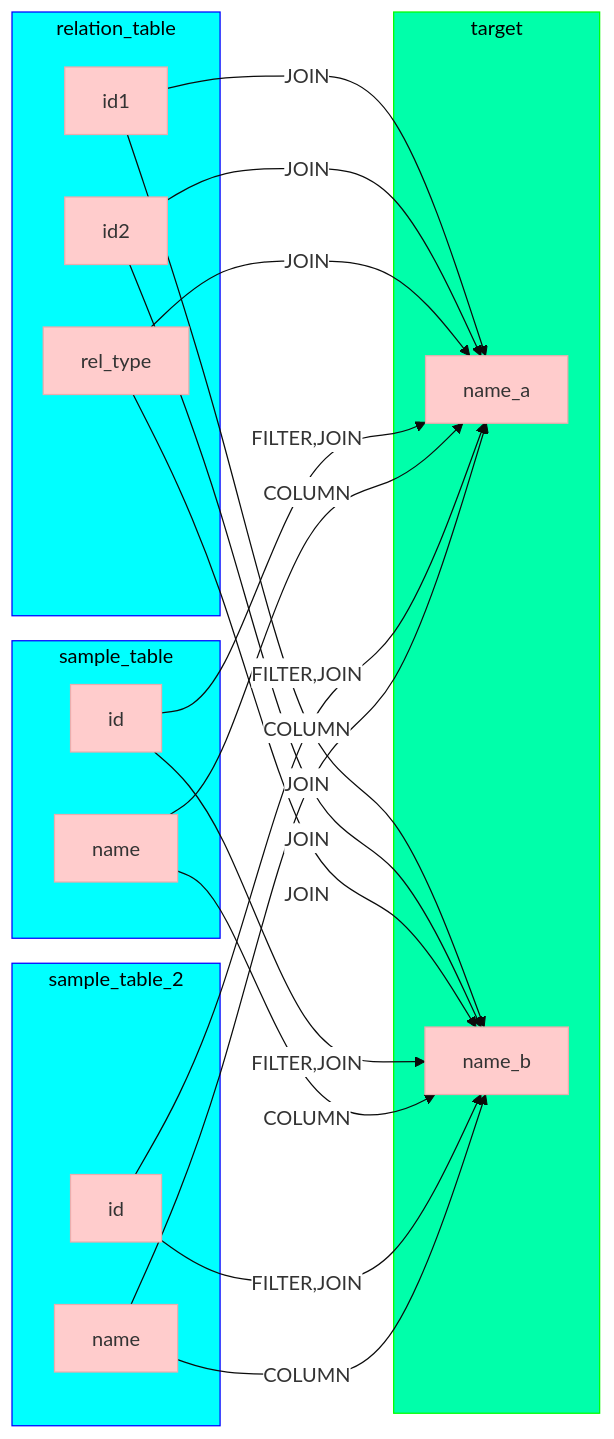
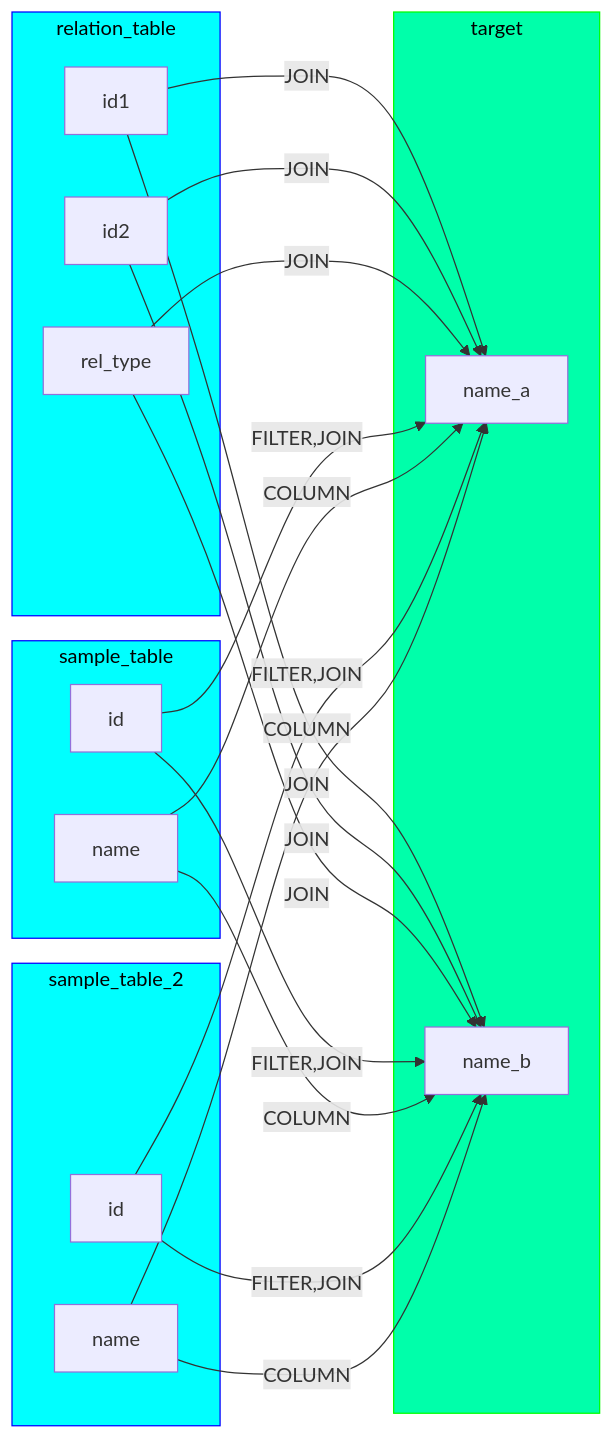
The diagram in data/mermaid/join_2.mmd (NielkNetraam/explainalyzed), drawn with Mermaid before and after one commit. The commit also changed 13 other files, not shown here.

```diff
--- a/data/mermaid/join_2.mmd
+++ b/data/mermaid/join_2.mmd
@@ -1,53 +1,56 @@
-%%{init: {
-    'theme': 'base',
-    'themeVariables': {
-        'primaryColor': '#ffcccc',
-        'edgeLabelBackground':'#ffffff',
-        'tertiaryColor': '#fff'
-    }
-}}%%
+---
+config:
+theme: 'base'
+themeVariables:
+    primaryColor: '#BB2528'
+    primaryTextColor: '#fff'
+    primaryBorderColor: '#7C0000'
+    lineColor: '#F8B229'
+    secondaryColor: '#267826'
+    tertiaryColor: '#fff'
+---
 flowchart LR
     classDef SOURCE stroke:#00f,fill:#0ff,color:black
     classDef TARGET stroke:#0f0,fill:#0fa,color:black
     classDef INTERNAL stroke:#f00,fill:#fa0,color:black
 
     target:::TARGET
+    sample_table_2:::SOURCE
     relation_table:::SOURCE
     sample_table:::SOURCE
-    sample_table_2:::SOURCE
 
     subgraph relation_table
         relation_table.id1[id1]
         relation_table.id2[id2]
         relation_table.rel_type[rel_type]
     end
 
     subgraph sample_table
         sample_table.id[id]
         sample_table.name[name]
     end
 
     subgraph sample_table_2
         sample_table_2.id[id]
         sample_table_2.name[name]
     end
 
     subgraph target
         target.name_a[name_a]
         target.name_b[name_b]
     end
 
     relation_table.id1 -- JOIN --> target.name_a
     relation_table.id1 -- JOIN --> target.name_b
     relation_table.id2 -- JOIN --> target.name_a
     relation_table.id2 -- JOIN --> target.name_b
     relation_table.rel_type -- JOIN --> target.name_a
     relation_table.rel_type -- JOIN --> target.name_b
     sample_table.id -- FILTER,JOIN --> target.name_a
     sample_table.id -- FILTER,JOIN --> target.name_b
     sample_table.name -- COLUMN --> target.name_a
     sample_table.name -- COLUMN --> target.name_b
     sample_table_2.id -- FILTER,JOIN --> target.name_a
     sample_table_2.id -- FILTER,JOIN --> target.name_b
     sample_table_2.name -- COLUMN --> target.name_a
     sample_table_2.name -- COLUMN --> target.name_b
```
